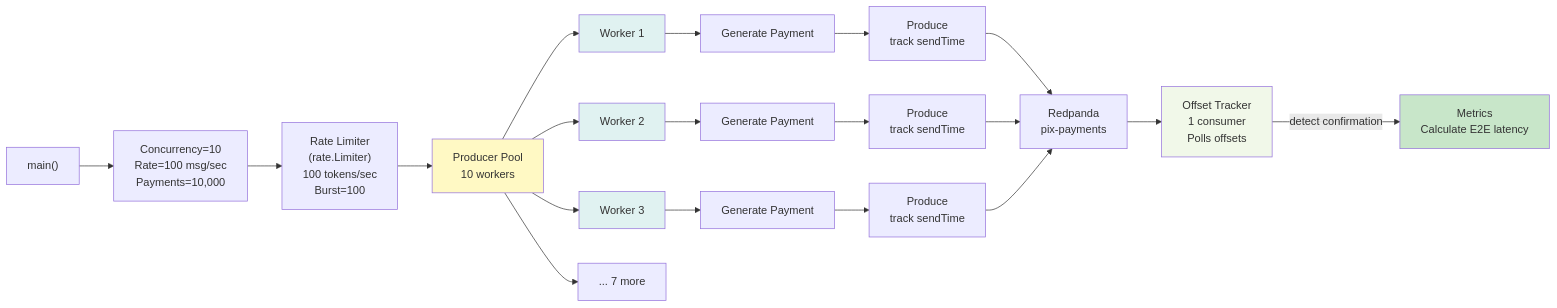
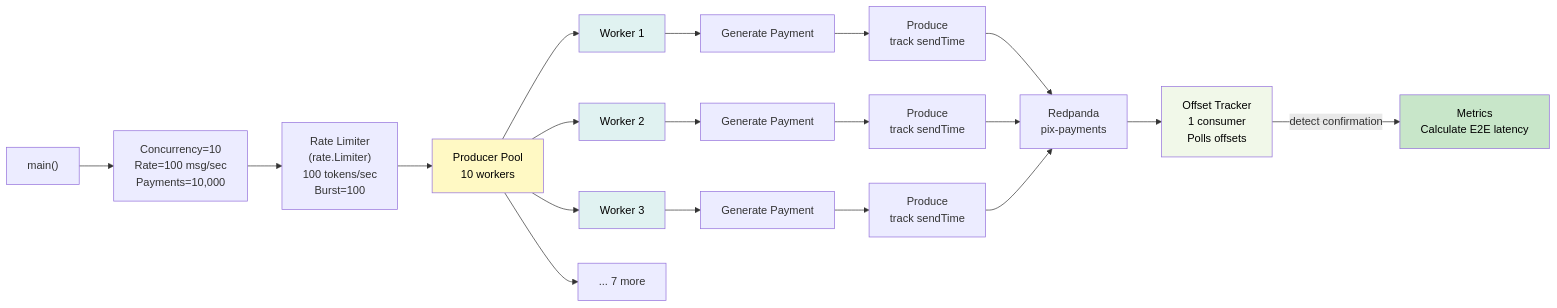
Before and after one commit to evertonstz/TigerbeetleMiniPIX: diagram 13 of 19 in ARCHITECTURE.md, drawn with Mermaid. The commit also changed other lines of this file, not shown here.

Commit message:
docs: improve Mermaid diagram text readability with dark text colors

````diff
--- a/ARCHITECTURE.md
+++ b/ARCHITECTURE.md
@@ -551,38 +551,38 @@
 ```mermaid
 graph LR
     Main["main()"]
     
     Main --> Config["Concurrency=10<br/>Rate=100 msg/sec<br/>Payments=10,000"]
     
     Config --> RateLimiter["Rate Limiter<br/>(rate.Limiter)<br/>100 tokens/sec<br/>Burst=100"]
     
     RateLimiter --> Pool["Producer Pool<br/>10 workers"]
     
     Pool --> W1["Worker 1"]
     Pool --> W2["Worker 2"]
     Pool --> W3["Worker 3"]
     Pool --> Wx["... 7 more"]
     
     W1 --> Gen1["Generate Payment"]
     W2 --> Gen2["Generate Payment"]
     W3 --> Gen3["Generate Payment"]
     
     Gen1 --> Produce1["Produce<br/>track sendTime"]
     Gen2 --> Produce2["Produce<br/>track sendTime"]
     Gen3 --> Produce3["Produce<br/>track sendTime"]
     
     Produce1 --> Redpanda["Redpanda<br/>pix-payments"]
     Produce2 --> Redpanda
     Produce3 --> Redpanda
     
     Redpanda --> Tracker["Offset Tracker<br/>1 consumer<br/>Polls offsets"]
     
     Tracker -->|detect confirmation| Metrics["Metrics<br/>Calculate E2E latency"]
     
-    style Pool fill:#fff9c4
-    style W1 fill:#e0f2f1
-    style W2 fill:#e0f2f1
-    style W3 fill:#e0f2f1
-    style Tracker fill:#f1f8e9
-    style Metrics fill:#c8e6c9
+    style Pool fill:#fff9c4,color:#000
+    style W1 fill:#e0f2f1,color:#000
+    style W2 fill:#e0f2f1,color:#000
+    style W3 fill:#e0f2f1,color:#000
+    style Tracker fill:#f1f8e9,color:#000
+    style Metrics fill:#c8e6c9,color:#000
 ```
````
